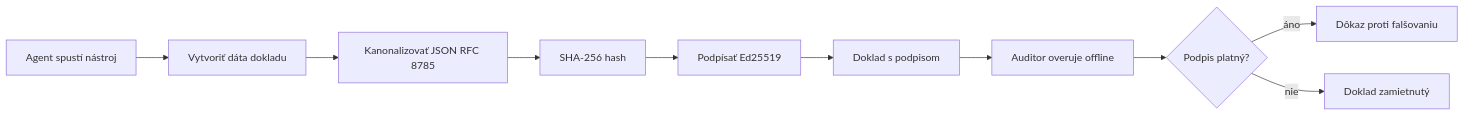
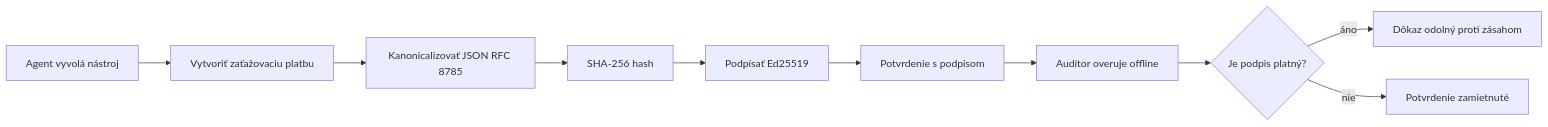
Before and after one commit to microsoft/ai-agents-for-beginners: the first of 2 diagrams in translations/sk/18-securing-ai-agents/README.md, drawn with Mermaid. The commit also changed other lines of this file and 93 other files, not shown here.

````diff
--- a/translations/sk/18-securing-ai-agents/README.md
+++ b/translations/sk/18-securing-ai-agents/README.md
@@ -51,12 +51,12 @@
 ```mermaid
 flowchart LR
-    A[Agent spustí nástroj] --> B[Vytvoriť dáta dokladu]
-    B --> C[Kanonalizovať JSON RFC 8785]
+    A[Agent vyvolá nástroj] --> B[Vytvoriť zaťažovaciu platbu]
+    B --> C[Kanonicalizovať JSON RFC 8785]
     C --> D[SHA-256 hash]
     D --> E[Podpísať Ed25519]
-    E --> F[Doklad s podpisom]
-    F --> G[Auditor overuje offline]
-    G --> H{Podpis platný?}
-    H -- áno --> I[Dôkaz proti falšovaniu]
-    H -- nie --> J[Doklad zamietnutý]
+    E --> F[Potvrdenie s podpisom]
+    F --> G[Audítor overuje offline]
+    G --> H{Je podpis platný?}
+    H -- áno --> I[Dôkaz odolný proti zásahom]
+    H -- nie --> J[Potvrdenie zamietnuté]
 ```
````
